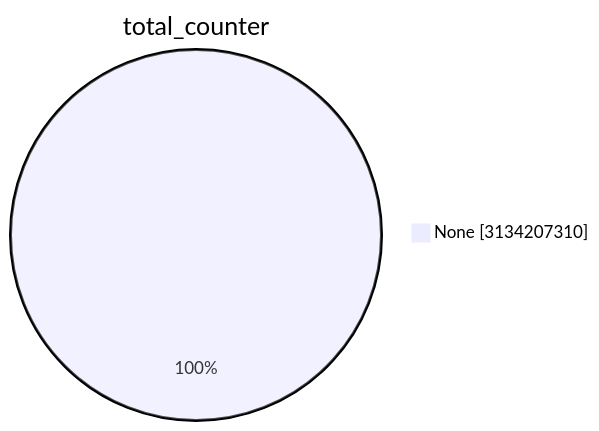
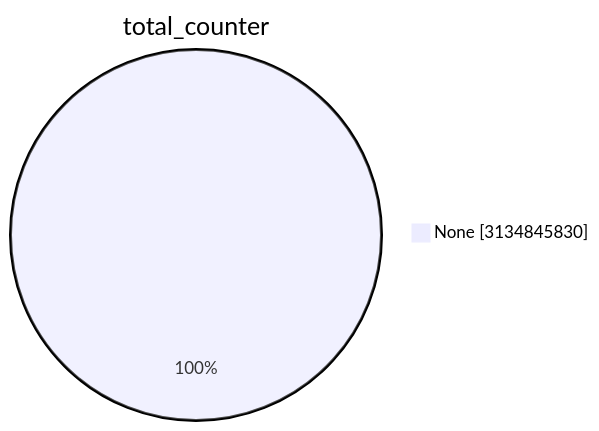
Before and after one commit to christiankrug/ctmonitor_visualization: the first of 15 diagrams in TOTAL/README.md, drawn with Mermaid. The commit also changed other lines of this file, not shown here.

````diff
--- a/TOTAL/README.md
+++ b/TOTAL/README.md
@@ -1,5 +1,5 @@
 ```mermaid
 pie showData
 title total_counter
-"None" :3134207310
+"None" :3134845830
 ```
````
